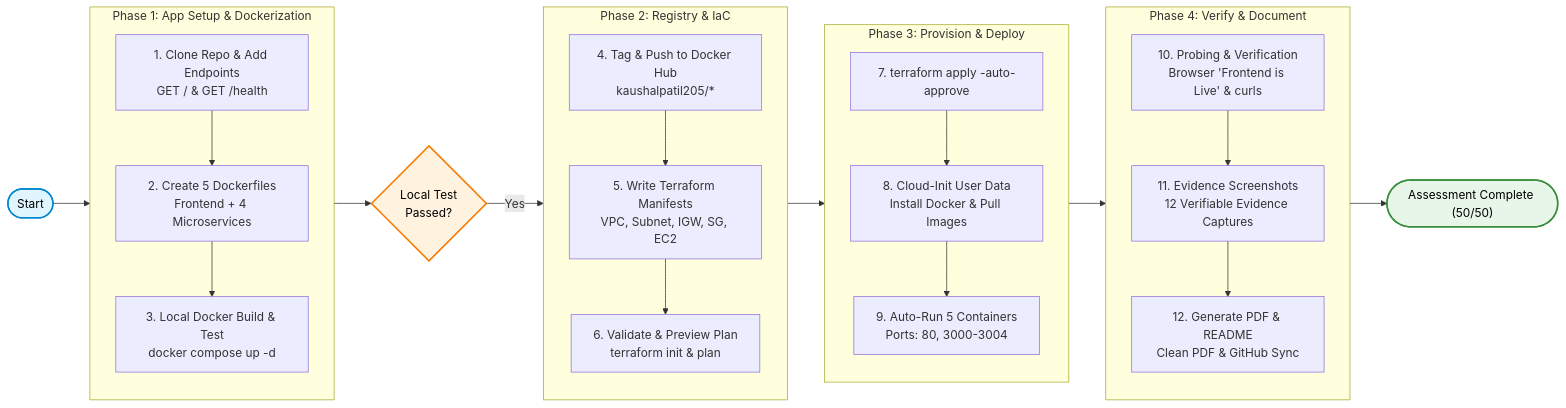
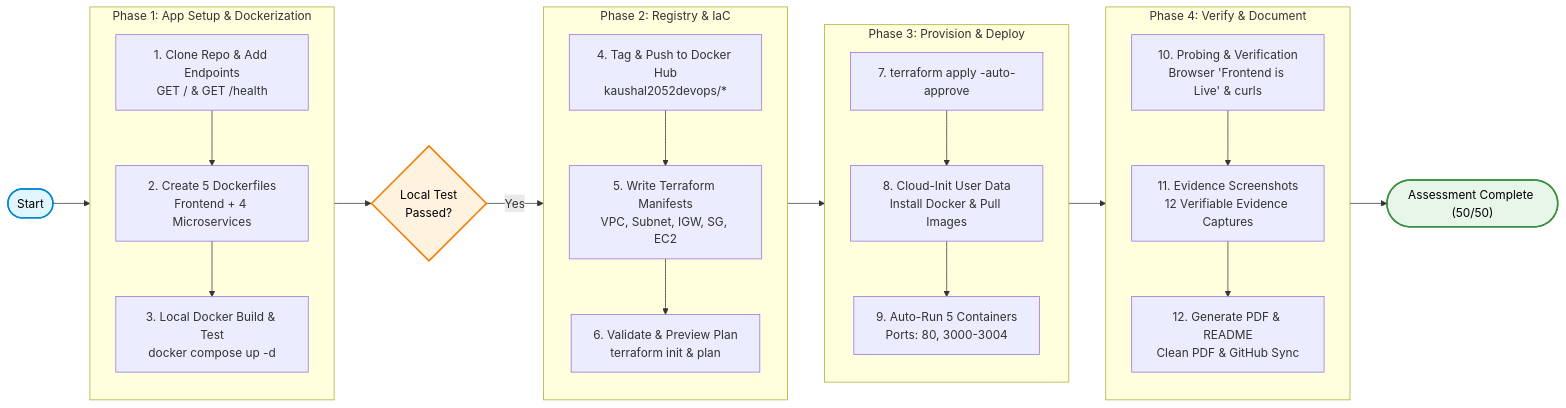
The second of 2 diagrams in README.md (kaushalpatil205/Deploy-a-Multi-Service-Node.js-E-Commerce-Application-Using-Terraform-and-Docker), drawn with Mermaid before and after one commit. The commit also changed other lines of this file and 2 other files, not shown here.

Commit message:
chore: update dockerhub username to kaushal2052devops and configure amd64 images

````diff
--- a/README.md
+++ b/README.md
@@ -81,50 +81,50 @@
 ```mermaid
 flowchart LR
     %% ─── Styling Classes ────────────────────────────────────────────
     classDef startend fill:#e1f5fe,stroke:#0288d1,stroke-width:2px,color:#000
     classDef check    fill:#fff3e0,stroke:#f57c00,stroke-width:2px,color:#000
     classDef success  fill:#e8f5e9,stroke:#388e3c,stroke-width:2px,color:#000
 
     Start(["Start"]):::startend --> P1
     
     subgraph P1 ["Phase 1: App Setup & Dockerization"]
         direction TB
         A1["1. Clone Repo & Add Endpoints<br>GET / & GET /health"]
         A2["2. Create 5 Dockerfiles<br>Frontend + 4 Microservices"]
         A3["3. Local Docker Build & Test<br>docker compose up -d"]
         A1 --> A2 --> A3
     end
 
     P1 --> C1{"Local Test<br>Passed?"}:::check
     C1 -- Yes --> P2
 
     subgraph P2 ["Phase 2: Registry & IaC"]
         direction TB
-        B1["4. Tag & Push to Docker Hub<br>kaushalpatil205/*"]
+        B1["4. Tag & Push to Docker Hub<br>kaushal2052devops/*"]
         B2["5. Write Terraform Manifests<br>VPC, Subnet, IGW, SG, EC2"]
         B3["6. Validate & Preview Plan<br>terraform init & plan"]
         B1 --> B2 --> B3
     end
 
     P2 --> P3
 
     subgraph P3 ["Phase 3: Provision & Deploy"]
         direction TB
         D1["7. terraform apply -auto-approve"]
         D2["8. Cloud-Init User Data<br>Install Docker & Pull Images"]
         D3["9. Auto-Run 5 Containers<br>Ports: 80, 3000-3004"]
         D1 --> D2 --> D3
     end
 
     P3 --> P4
 
     subgraph P4 ["Phase 4: Verify & Document"]
         direction TB
         E1["10. Probing & Verification<br>Browser 'Frontend is Live' & curls"]
         E2["11. Evidence Screenshots<br>12 Verifiable Evidence Captures"]
         E3["12. Generate PDF & README<br>Clean PDF & GitHub Sync"]
         E1 --> E2 --> E3
     end
 
     P4 --> Done(["Assessment Complete (50/50)"]):::success
 ```
````
